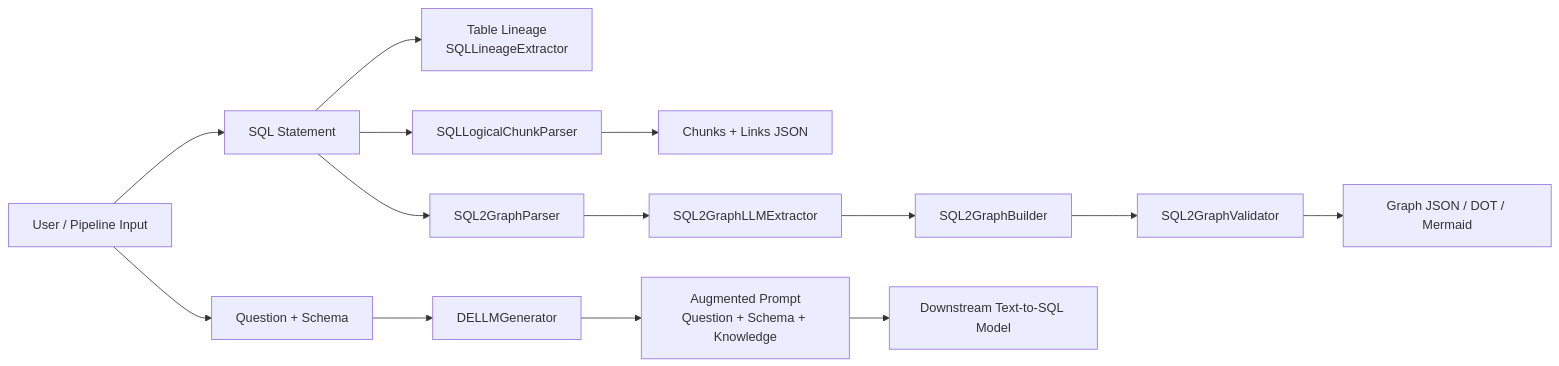
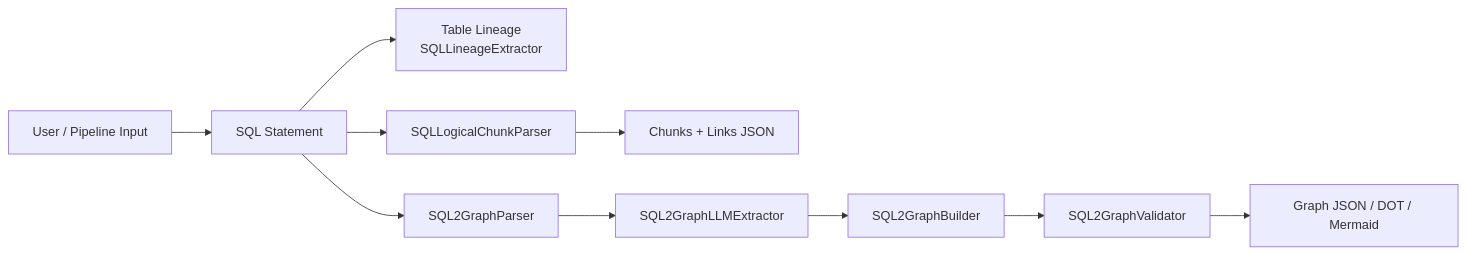
The first of 2 diagrams in README.md (Xpehutta/llm4lineage), drawn with Mermaid before and after one commit. The commit also changed other lines of this file and 38 other files, not shown here.

````diff
--- a/README.md
+++ b/README.md
@@ -34,18 +31,13 @@
 ```mermaid
 flowchart LR
     U[User / Pipeline Input] --> Q1[SQL Statement]
-    U --> Q2[Question + Schema]
 
     Q1 --> TL[Table Lineage<br/>SQLLineageExtractor]
     Q1 --> CH[SQLLogicalChunkParser]
     CH --> CK[Chunks + Links JSON]
     Q1 --> P[SQL2GraphParser]
     P --> XL[SQL2GraphLLMExtractor]
     XL --> B[SQL2GraphBuilder]
     B --> V[SQL2GraphValidator]
     V --> G[Graph JSON / DOT / Mermaid]
-
-    Q2 --> D[DELLMGenerator]
-    D --> A[Augmented Prompt<br/>Question + Schema + Knowledge]
-    A --> M[Downstream Text-to-SQL Model]
 ```
````
